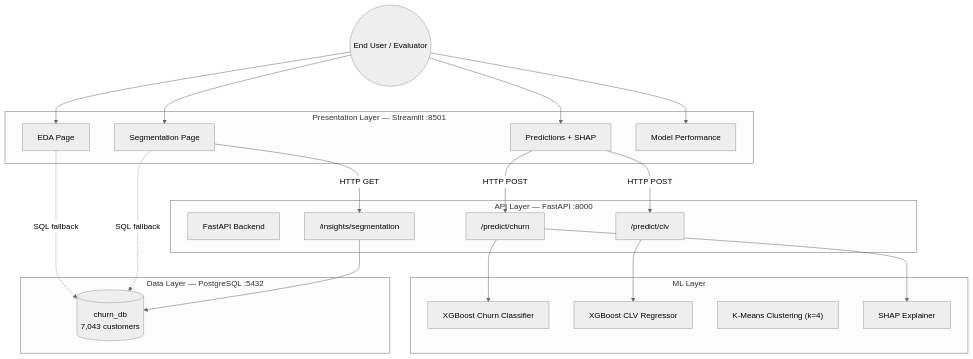
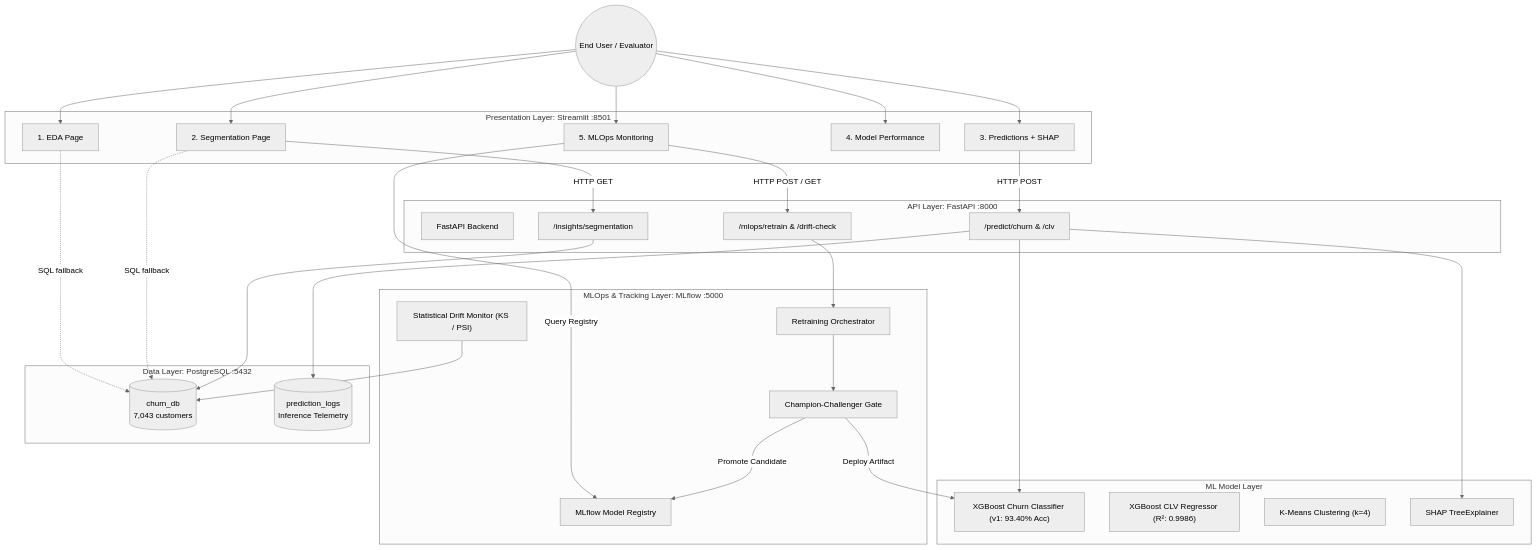
One commit to RudraMedatwal986947/customer-churn-prediction-model changed the diagram in README.md. Above: the diagram before and after it, drawn with Mermaid (neutral theme). The commit also changed other lines of this file and 3 other files, not shown here.

Commit message:
docs: synchronize project report, README, and final report with MLOps architecture and 13 passing tests

````diff
--- a/README.md
+++ b/README.md
@@ -9,37 +9,53 @@
 ```mermaid
 graph TD
     User((End User / Evaluator))
 
-    subgraph "Presentation Layer — Streamlit :8501"
-        P1["EDA Page"]
-        P2["Segmentation Page"]
-        P3["Predictions + SHAP"]
-        P4["Model Performance"]
+    subgraph "Presentation Layer: Streamlit :8501"
+        P1["1. EDA Page"]
+        P2["2. Segmentation Page"]
+        P3["3. Predictions + SHAP"]
+        P4["4. Model Performance"]
+        P5["5. MLOps Monitoring"]
     end
 
-    subgraph "API Layer — FastAPI :8000"
+    subgraph "API Layer: FastAPI :8000"
         API["FastAPI Backend"]
-        R1["/predict/churn"]
-        R2["/predict/clv"]
-        R3["/insights/segmentation"]
+        R1["/predict/churn & /clv"]
+        R2["/insights/segmentation"]
+        R3["/mlops/retrain & /drift-check"]
     end
 
-    subgraph "ML Layer"
-        M1["XGBoost Churn Classifier"]
-        M2["XGBoost CLV Regressor"]
-        M3["K-Means Clustering (k=4)"]
-        M4["SHAP Explainer"]
+    subgraph "MLOps & Tracking Layer: MLflow :5000"
+        MLF["MLflow Model Registry"]
+        ORCH["Retraining Orchestrator"]
+        GATE["Champion-Challenger Gate"]
+        DRIFT["Statistical Drift Monitor (KS / PSI)"]
     end
 
-    subgraph "Data Layer — PostgreSQL :5432"
-        DB[("churn_db\n7,043 customers")]
+    subgraph "ML Model Layer"
+        M1["XGBoost Churn Classifier (v1: 93.40% Acc)"]
+        M2["XGBoost CLV Regressor (R²: 0.9986)"]
+        M3["K-Means Clustering (k=4)"]
+        M4["SHAP TreeExplainer"]
     end
 
-    User --> P1 & P2 & P3 & P4
-    P3 -->|HTTP POST| R1 & R2
-    P2 -->|HTTP GET| R3
+    subgraph "Data Layer: PostgreSQL :5432"
+        DB[("churn_db\n7,043 customers")]
+        LOGS[("prediction_logs\nInference Telemetry")]
+    end
+
+    User --> P1 & P2 & P3 & P4 & P5
+    P3 -->|HTTP POST| R1
+    P2 -->|HTTP GET| R2
+    P5 -->|HTTP POST / GET| R3
+    P5 -->|Query Registry| MLF
     P1 & P2 -.->|SQL fallback| DB
     R1 --> M1 & M4
-    R2 --> M2
-    R3 --> DB
+    R1 --> LOGS
+    R2 --> DB
+    R3 --> ORCH
+    ORCH --> GATE
+    GATE -->|Promote Candidate| MLF
+    GATE -->|Deploy Artifact| M1
+    DRIFT --> DB
 ```
````
